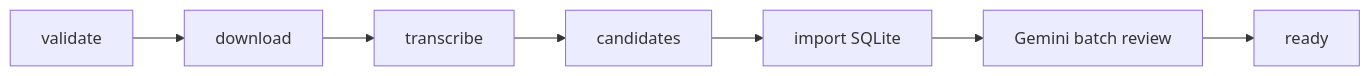
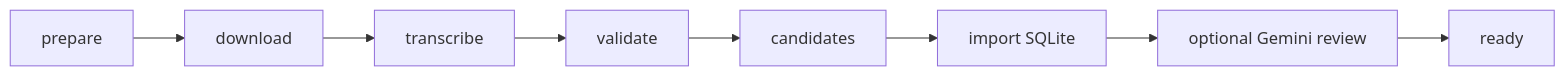
The second of 2 diagrams in docs/CLIP_REVIEW_AGENT.md (s194586/AI-Podcast-Clip-Cutter), drawn with Mermaid before and after one commit. The commit also changed other lines of this file and 44 other files, not shown here.

````diff
--- a/docs/CLIP_REVIEW_AGENT.md
+++ b/docs/CLIP_REVIEW_AGENT.md
@@ -160,9 +162,10 @@
 ```mermaid
 flowchart LR
-  A[validate] --> B[download]
+  A[prepare] --> B[download]
   B --> C[transcribe]
-  C --> D[candidates]
-  D --> E[import SQLite]
-  E --> F[Gemini batch review]
-  F --> G[ready]
+  C --> D[validate]
+  D --> E[candidates]
+  E --> F[import SQLite]
+  F --> G[optional Gemini review]
+  G --> H[ready]
 ```
````
